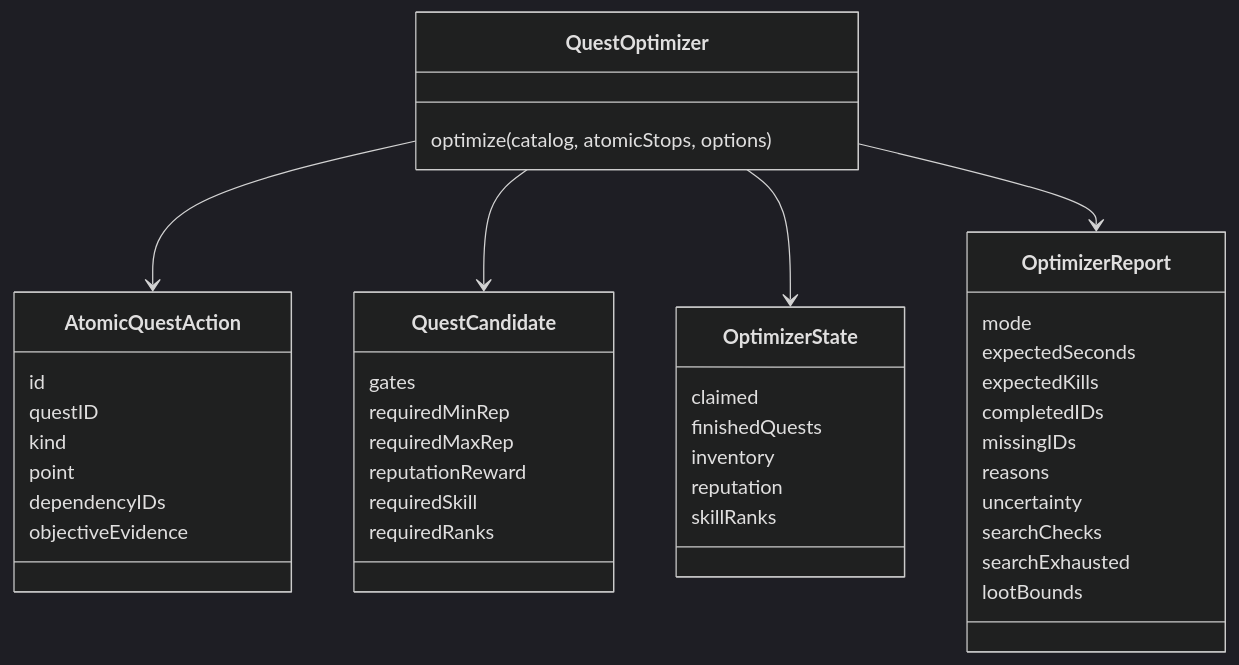
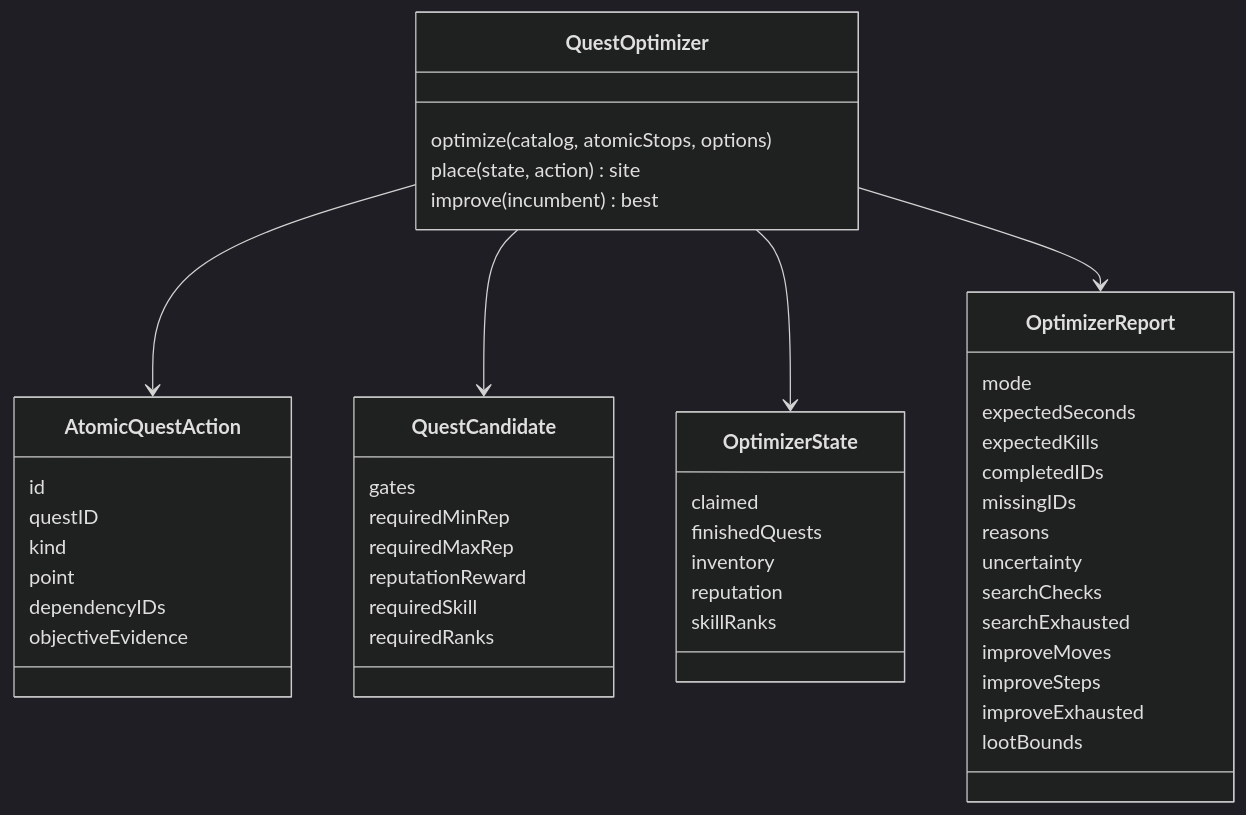
One commit to YodaGitMaster/QuestSharing changed diagram 23 of 27 in context/architecture.md. Above: the diagram before and after it, drawn with Mermaid (dark theme). The commit also changed other lines of this file and 24 other files, not shown here.

````diff
--- a/context/architecture.md
+++ b/context/architecture.md
@@ -769,45 +772,50 @@
 ```mermaid
 classDiagram
     class QuestOptimizer {
         optimize(catalog, atomicStops, options)
+        place(state, action) site
+        improve(incumbent) best
     }
     class AtomicQuestAction {
         id
         questID
         kind
         point
         dependencyIDs
         objectiveEvidence
     }
     class QuestCandidate {
         gates
         requiredMinRep
         requiredMaxRep
         reputationReward
         requiredSkill
         requiredRanks
     }
     class OptimizerState {
         claimed
         finishedQuests
         inventory
         reputation
         skillRanks
     }
     class OptimizerReport {
         mode
         expectedSeconds
         expectedKills
         completedIDs
         missingIDs
         reasons
         uncertainty
         searchChecks
         searchExhausted
+        improveMoves
+        improveSteps
+        improveExhausted
         lootBounds
     }
     QuestOptimizer --> AtomicQuestAction
     QuestOptimizer --> QuestCandidate
     QuestOptimizer --> OptimizerState
     QuestOptimizer --> OptimizerReport
 ```
````
